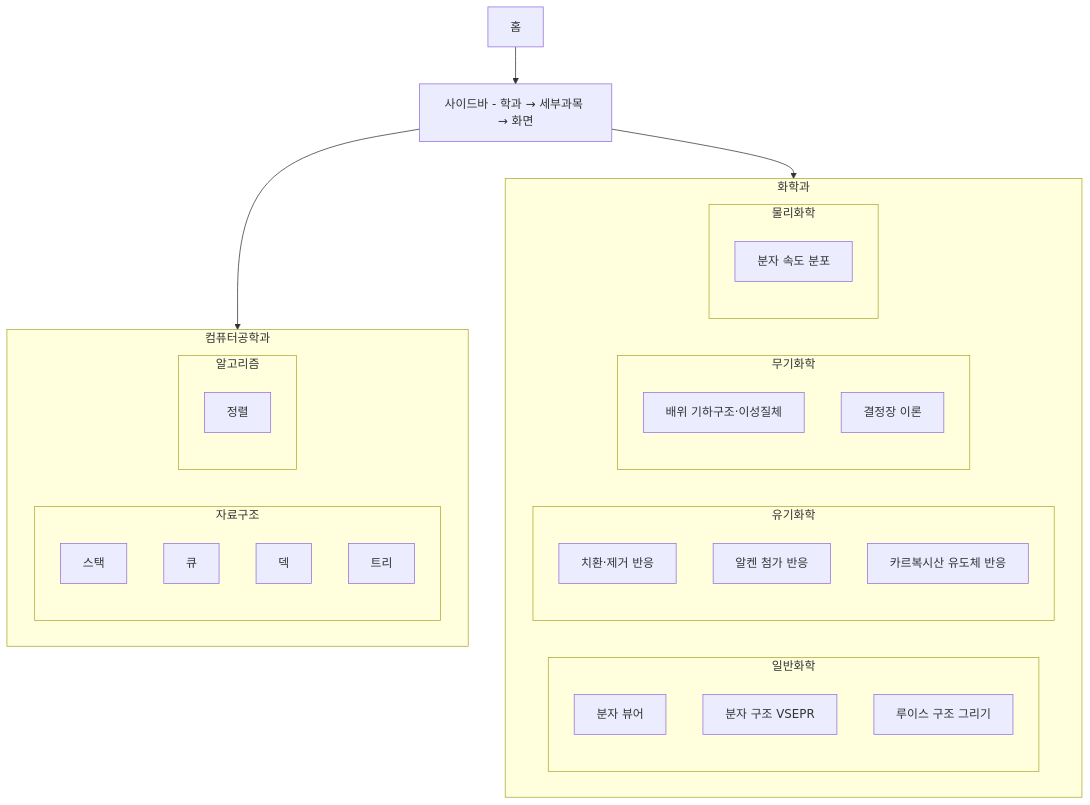
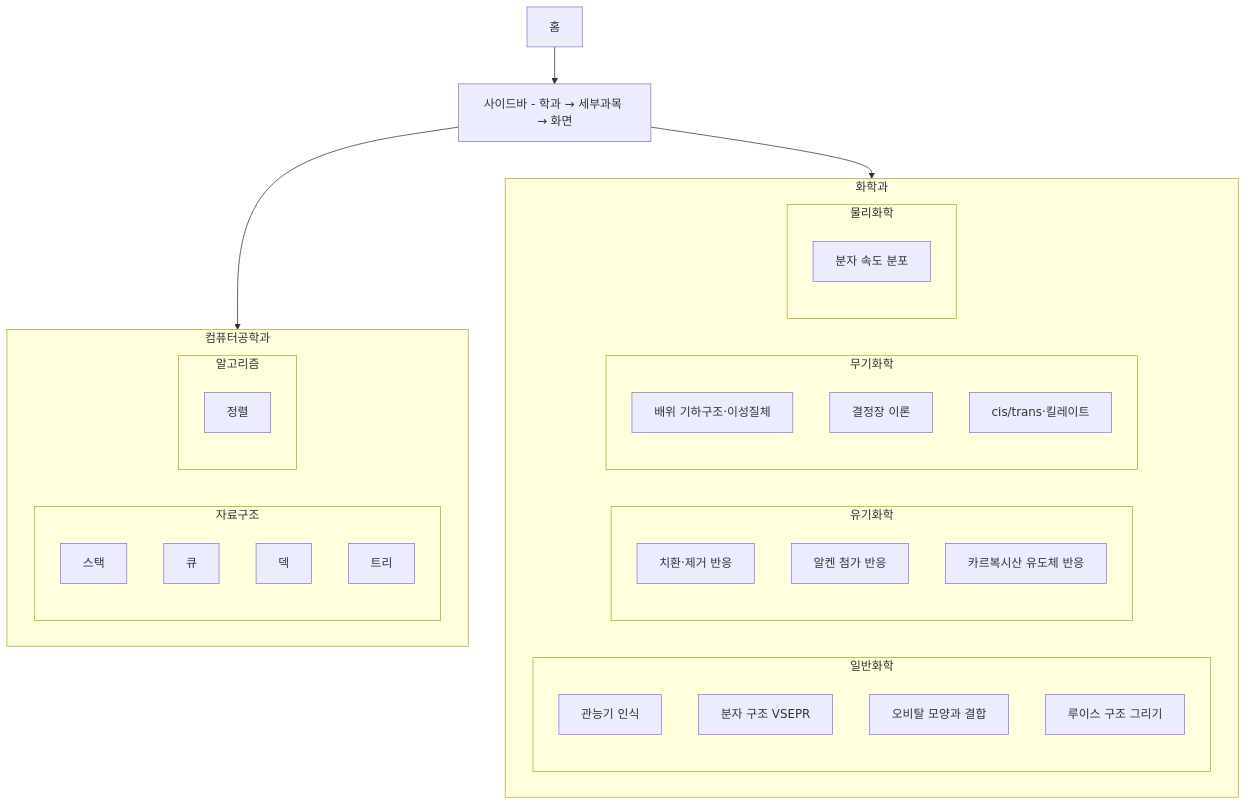
The first of 2 diagrams in 기획서.md (Mureung1/hub-showcase), drawn with Mermaid before and after one commit. The commit also changed other lines of this file, not shown here.

````diff
--- a/기획서.md
+++ b/기획서.md
@@ -39,39 +43,41 @@
 ```mermaid
 flowchart TD
     Home[홈] --> Sidebar[사이드바 - 학과 → 세부과목 → 화면]
 
     subgraph CS[컴퓨터공학과]
         subgraph CSData[자료구조]
             Stack[스택]
             Queue[큐]
             Deque[덱]
             Tree[트리]
         end
         subgraph CSAlgo[알고리즘]
             Sort[정렬]
         end
     end
 
     subgraph Chem[화학과]
         subgraph ChemGen[일반화학]
-            Molecule[분자 뷰어]
+            FunctionalGroups[관능기 인식]
             Vsepr[분자 구조 VSEPR]
+            Orbitals[오비탈 모양과 결합]
             Lewis[루이스 구조 그리기]
         end
         subgraph ChemOrg[유기화학]
             SubElim[치환·제거 반응]
             AlkeneAdd[알켄 첨가 반응]
             AcylSub[카르복시산 유도체 반응]
         end
         subgraph ChemInorg[무기화학]
             Geometry[배위 기하구조·이성질체]
             CrystalField[결정장 이론]
+            Isomerism[cis/trans·킬레이트]
         end
         subgraph ChemPhys[물리화학]
             SpeedDist[분자 속도 분포]
         end
     end
 
     Sidebar --> CS
     Sidebar --> Chem
 ```
````
